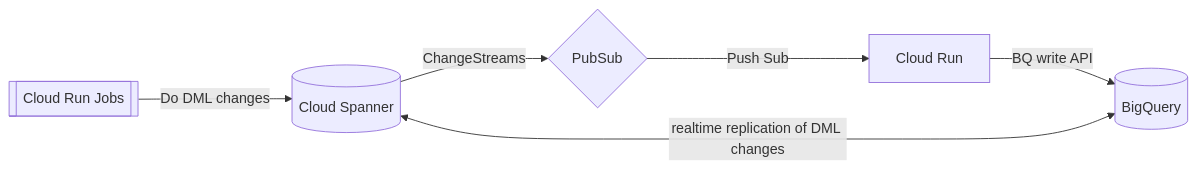
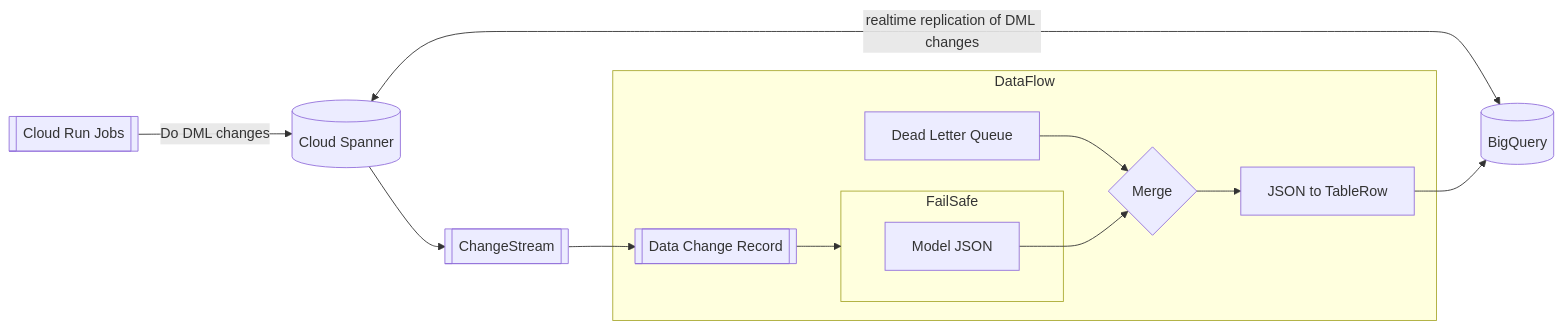
Before and after one commit to mogranjm/change-streams-poc: the second of 2 diagrams in README.md, drawn with Mermaid. The commit also changed other lines of this file, not shown here.

Commit message:
Default Google Offering

````diff
--- a/README.md
+++ b/README.md
@@ -25,5 +28,20 @@
 ```mermaid
 flowchart LR
-    CRJ[[Cloud Run Jobs]] -- Do DML changes --> CS[(Cloud Spanner)] -- ChangeStreams --> PS{PubSub} -- Push Sub --> CR[Cloud Run] -- BQ write API --> BQ[(BigQuery)]
+    CRJ[[Cloud Run Jobs]] -- Do DML changes --> CS[(Cloud Spanner)] --> ChS[[ChangeStream]] 
     CS <-- realtime replication of DML changes --> BQ
+    ChS --> DCR
+    
+    subgraph DataFlow
+        DCR[[Data Change Record]] --> FailSafe
+        DLQ[Dead Letter Queue]
+    subgraph FailSafe
+        ModJS[Model JSON]
+    end
+    DLQ --> Merge --> TDR[JSON to TableRow]
+    end
+    
+    ModJS --> Merge{Merge}
+    
+    
+    TDR[JSON to TableRow] --> BQ[(BigQuery)]
 ```
````
